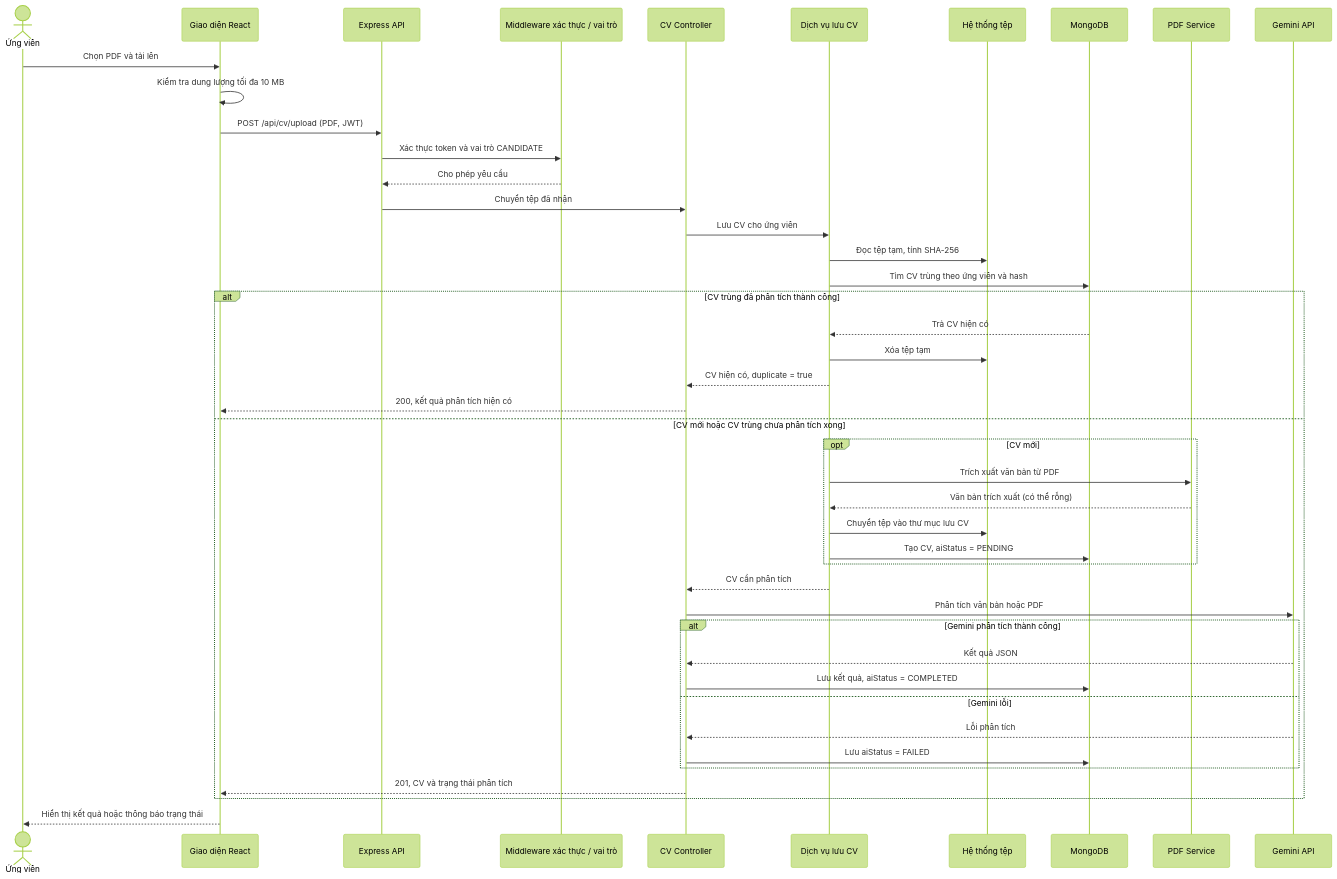
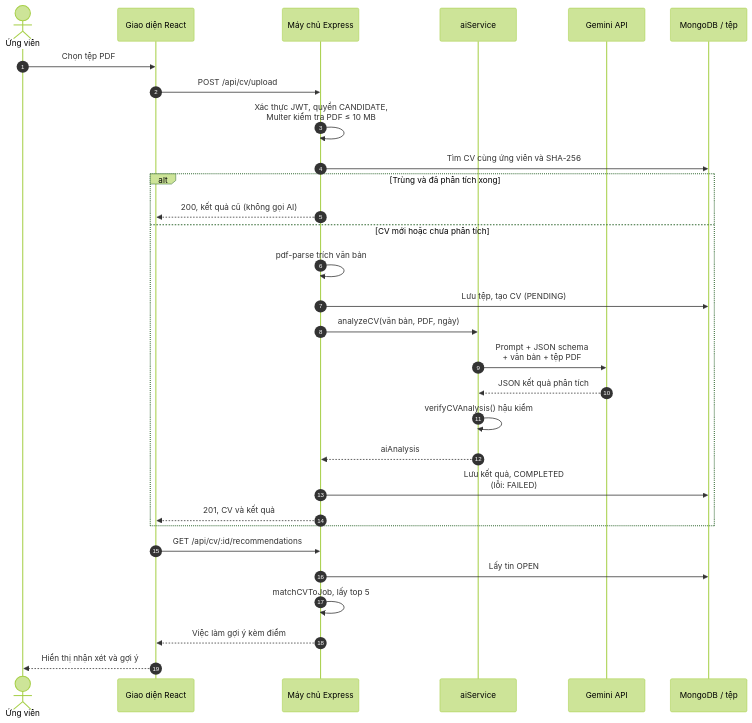
Before and after one commit to GiaHuy0507/-n-t-t-nghi-p: the fifth of 15 diagrams in BAO_CAO_DO_AN.md, drawn with Mermaid (forest theme). The commit also changed other lines of this file and 2 other files, not shown here.

````diff
--- a/BAO_CAO_DO_AN.md
+++ b/BAO_CAO_DO_AN.md
@@ -315,48 +460,32 @@
 ```mermaid
 sequenceDiagram
+  autonumber
   actor C as Ứng viên
   participant UI as Giao diện React
-  participant API as Express API
-  participant Auth as Middleware xác thực / vai trò
-  participant CV as CV Controller
-  participant Store as Dịch vụ lưu CV
-  participant FS as Hệ thống tệp
-  participant DB as MongoDB
-  participant PDF as PDF Service
-  participant AI as Gemini API
-
-  C->>UI: Chọn PDF và tải lên
-  UI->>UI: Kiểm tra dung lượng tối đa 10 MB
-  UI->>API: POST /api/cv/upload (PDF, JWT)
-  API->>Auth: Xác thực token và vai trò CANDIDATE
-  Auth-->>API: Cho phép yêu cầu
-  API->>CV: Chuyển tệp đã nhận
-  CV->>Store: Lưu CV cho ứng viên
-  Store->>FS: Đọc tệp tạm, tính SHA-256
-  Store->>DB: Tìm CV trùng theo ứng viên và hash
-
-  alt CV trùng đã phân tích thành công
-    DB-->>Store: Trả CV hiện có
-    Store->>FS: Xóa tệp tạm
-    Store-->>CV: CV hiện có, duplicate = true
-    CV-->>UI: 200, kết quả phân tích hiện có
-  else CV mới hoặc CV trùng chưa phân tích xong
-    opt CV mới
-      Store->>PDF: Trích xuất văn bản từ PDF
-      PDF-->>Store: Văn bản trích xuất (có thể rỗng)
-      Store->>FS: Chuyển tệp vào thư mục lưu CV
-      Store->>DB: Tạo CV, aiStatus = PENDING
-    end
-    Store-->>CV: CV cần phân tích
-    CV->>AI: Phân tích văn bản hoặc PDF
-    alt Gemini phân tích thành công
-      AI-->>CV: Kết quả JSON
-      CV->>DB: Lưu kết quả, aiStatus = COMPLETED
-    else Gemini lỗi
-      AI-->>CV: Lỗi phân tích
-      CV->>DB: Lưu aiStatus = FAILED
-    end
-    CV-->>UI: 201, CV và trạng thái phân tích
+  participant API as Máy chủ Express
+  participant AI as aiService
+  participant G as Gemini API
+  participant DB as MongoDB / tệp
+  C->>UI: Chọn tệp PDF
+  UI->>API: POST /api/cv/upload
+  API->>API: Xác thực JWT, quyền CANDIDATE,<br/>Multer kiểm tra PDF ≤ 10 MB
+  API->>DB: Tìm CV cùng ứng viên và SHA-256
+  alt Trùng và đã phân tích xong
+    API-->>UI: 200, kết quả cũ (không gọi AI)
+  else CV mới hoặc chưa phân tích
+    API->>API: pdf-parse trích văn bản
+    API->>DB: Lưu tệp, tạo CV (PENDING)
+    API->>AI: analyzeCV(văn bản, PDF, ngày)
+    AI->>G: Prompt + JSON schema<br/>+ văn bản + tệp PDF
+    G-->>AI: JSON kết quả phân tích
+    AI->>AI: verifyCVAnalysis() hậu kiểm
+    AI-->>API: aiAnalysis
+    API->>DB: Lưu kết quả, COMPLETED<br/>(lỗi: FAILED)
+    API-->>UI: 201, CV và kết quả
   end
-  UI-->>C: Hiển thị kết quả hoặc thông báo trạng thái
+  UI->>API: GET /api/cv/:id/recommendations
+  API->>DB: Lấy tin OPEN
+  API->>API: matchCVToJob, lấy top 5
+  API-->>UI: Việc làm gợi ý kèm điểm
+  UI-->>C: Hiển thị nhận xét và gợi ý
 ```
````
